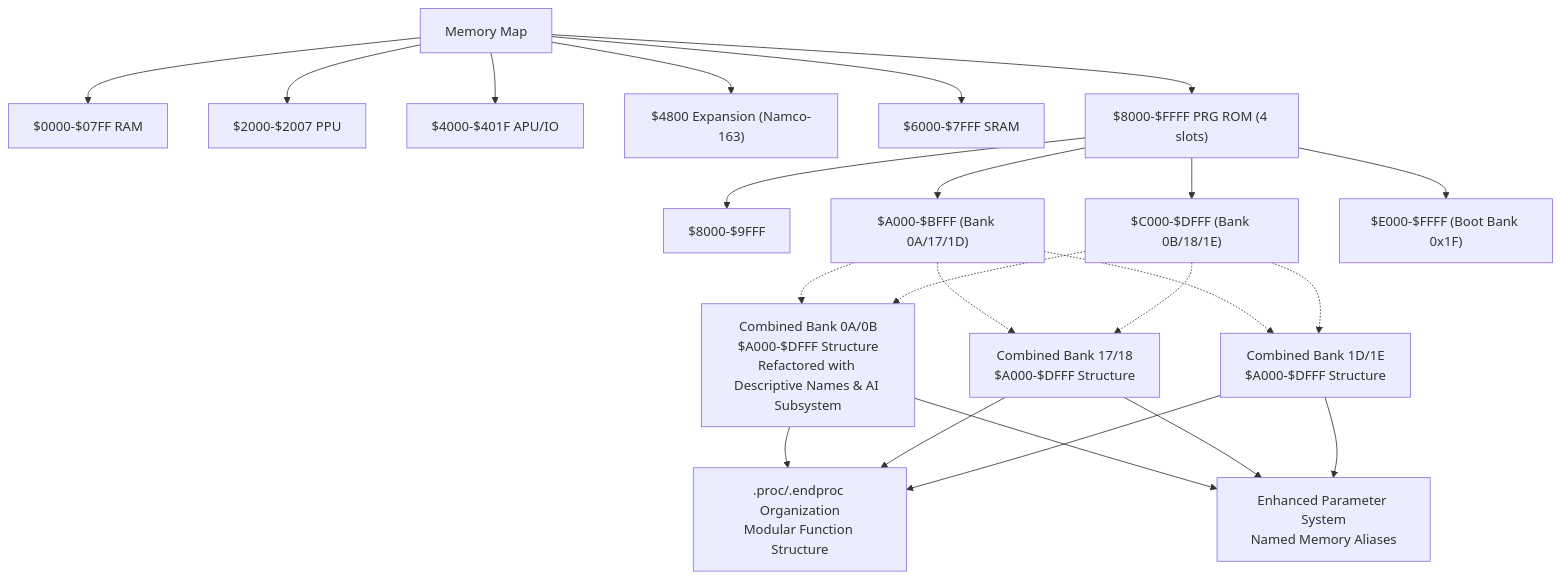
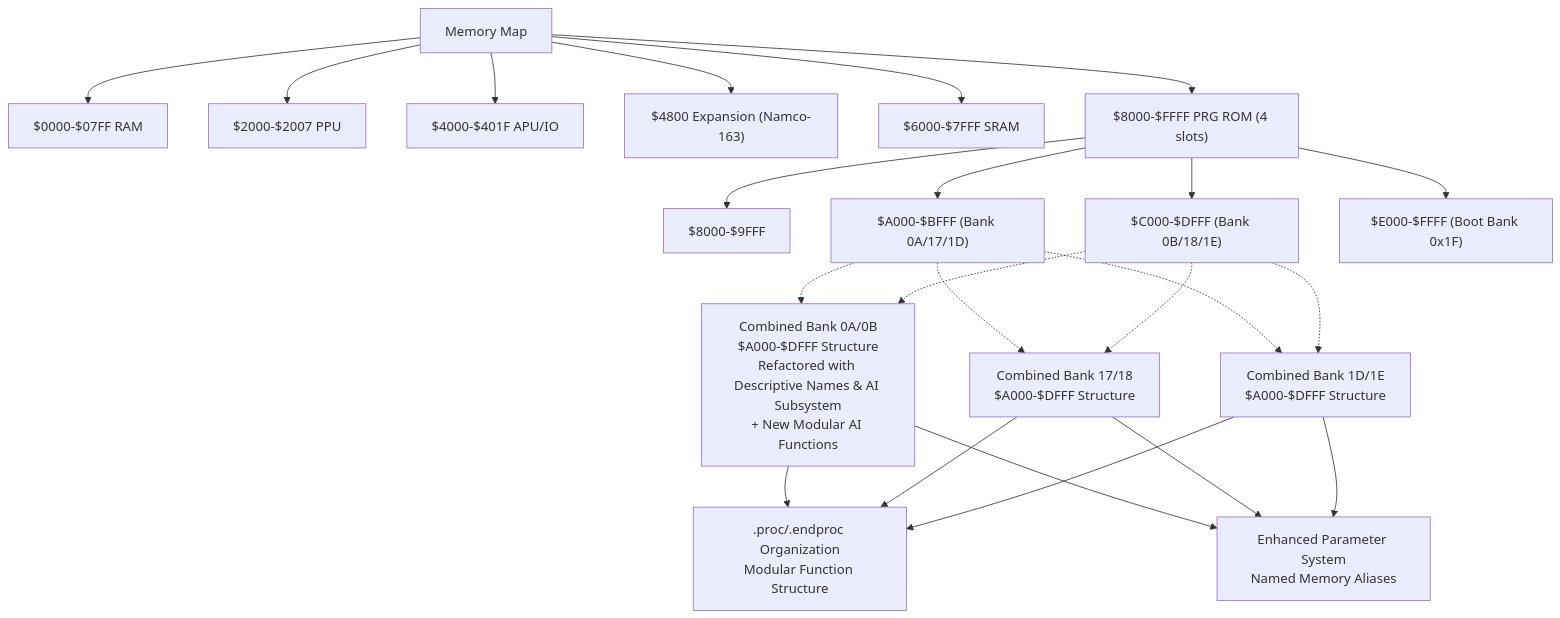
Before and after one commit to rabbyzero/sango2dasm: the third of 17 diagrams in .qoder/repowiki/en/content/Assembly Architecture/Assembly Architecture.md, drawn with Mermaid. The commit also changed other lines of this file and 7 other files, not shown here.

````diff
--- a/.qoder/repowiki/en/content/Assembly Architecture/Assembly Architecture.md
+++ b/.qoder/repowiki/en/content/Assembly Architecture/Assembly Architecture.md
@@ -308,30 +334,30 @@
 ```mermaid
 flowchart TD
 MEM["Memory Map"] --> RAM["$0000-$07FF RAM"]
 MEM --> PPUREG["$2000-$2007 PPU"]
 MEM --> IOREG["$4000-$401F APU/IO"]
 MEM --> EXPROM["$4800 Expansion (Namco-163)"]
 MEM --> SRAM["$6000-$7FFF SRAM"]
 MEM --> PRG["$8000-$FFFF PRG ROM (4 slots)"]
 PRG --> SLOT0["$8000-$9FFF"]
 PRG --> SLOT1["$A000-$BFFF (Bank 0A/17/1D)"]
 PRG --> SLOT2["$C000-$DFFF (Bank 0B/18/1E)"]
 PRG --> SLOT3["$E000-$FFFF (Boot Bank 0x1F)"]
-COMBINED0A_0B["Combined Bank 0A/0B<br/>$A000-$DFFF Structure<br/>Refactored with Descriptive Names & AI Subsystem"]
+COMBINED0A_0B["Combined Bank 0A/0B<br/>$A000-$DFFF Structure<br/>Refactored with Descriptive Names & AI Subsystem<br/>+ New Modular AI Functions"]
 COMBINED17_18["Combined Bank 17/18<br/>$A000-$DFFF Structure"]
 COMBINED1D_1E["Combined Bank 1D/1E<br/>$A000-$DFFF Structure"]
 SLOT1 -.-> COMBINED0A_0B
 SLOT1 -.-> COMBINED17_18
 SLOT1 -.-> COMBINED1D_1E
 SLOT2 -.-> COMBINED0A_0B
 SLOT2 -.-> COMBINED17_18
 SLOT2 -.-> COMBINED1D_1E
 PROC[".proc/.endproc Organization<br/>Modular Function Structure"]
 PARAMSYS["Enhanced Parameter System<br/>Named Memory Aliases"]
 COMBINED0A_0B --> PROC
 COMBINED0A_0B --> PARAMSYS
 COMBINED17_18 --> PROC
 COMBINED17_18 --> PARAMSYS
 COMBINED1D_1E --> PROC
 COMBINED1D_1E --> PARAMSYS
 ```
````
